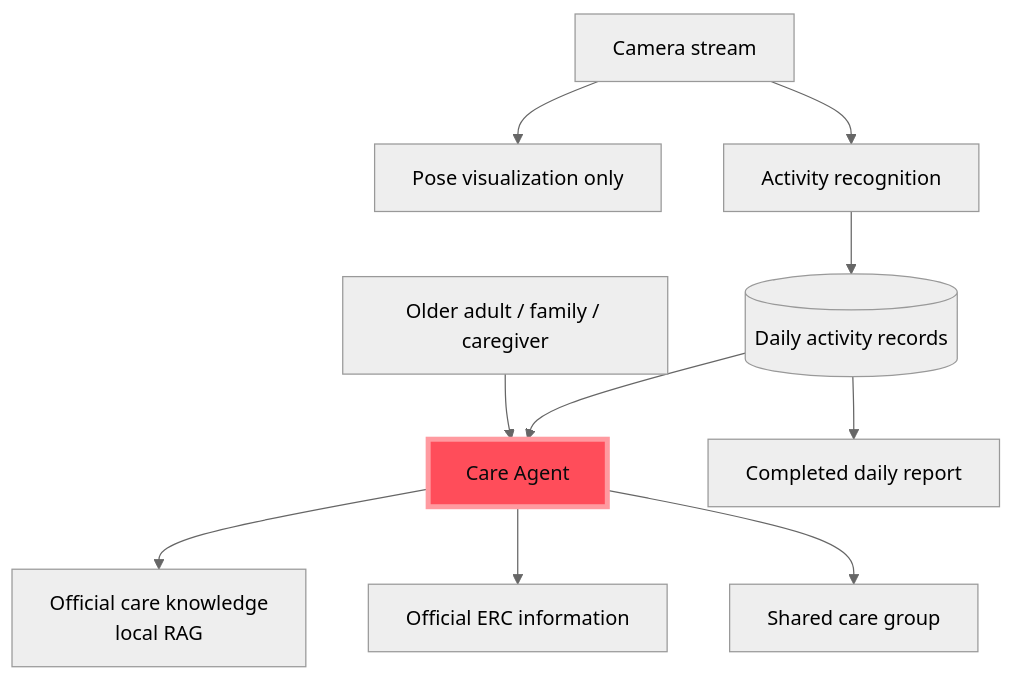
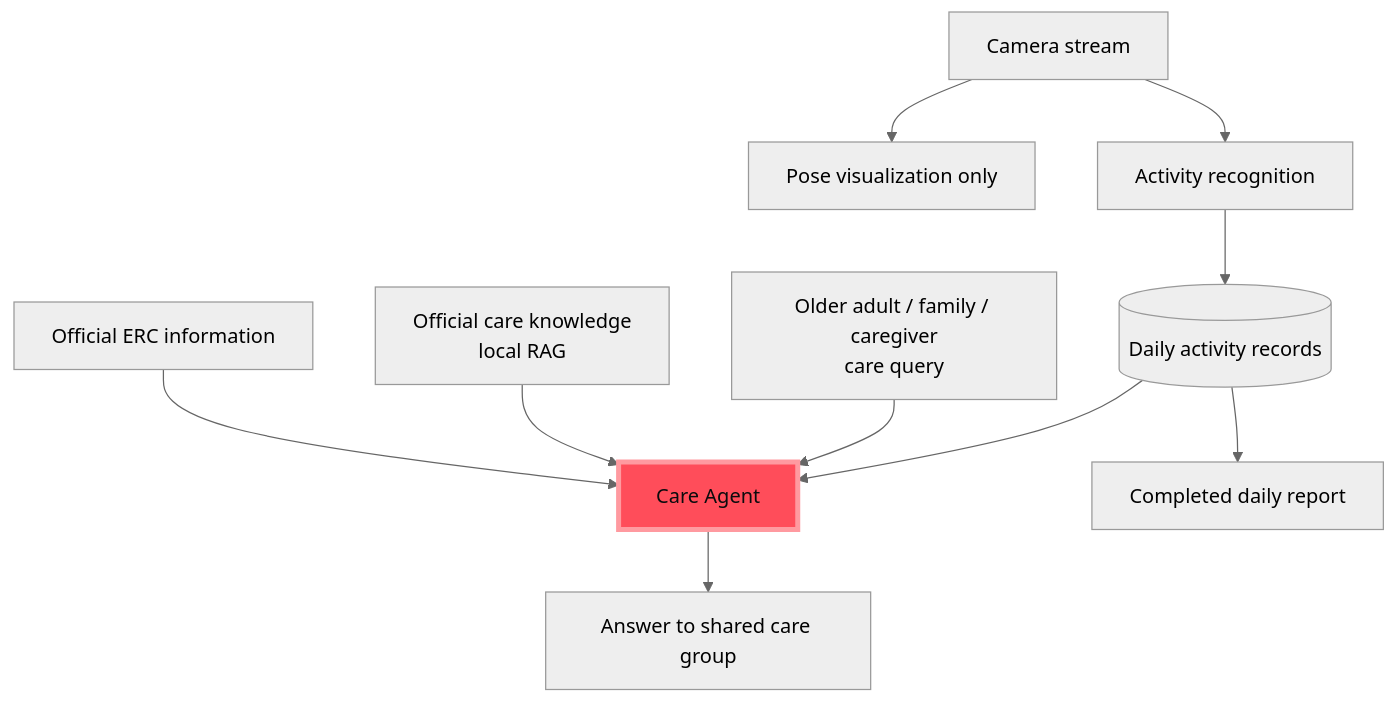
One commit to HenryyyW/ElderCare-showcase changed the diagram in README.md. Above: the diagram before and after it, drawn with Mermaid (neutral theme). The commit also changed 1 other file, not shown here.

Commit message:
docs: correct Agent support flow

````diff
--- a/README.md
+++ b/README.md
@@ -20,14 +20,14 @@
 ```mermaid
 flowchart TD
-    User[Older adult / family / caregiver] --> Agent[Care Agent]
     Camera[Camera stream] --> Privacy[Pose visualization only]
     Camera --> Activity[Activity recognition]
     Activity --> Records[(Daily activity records)]
     Records --> Agent
     Records --> Reports[Completed daily report]
-    Agent --> RAG[Official care knowledge<br/>local RAG]
-    Agent --> ERC[Official ERC information]
-    Agent --> Shared[Shared care group]
+    User[Older adult / family / caregiver<br/>care query] --> Agent[Care Agent]
+    RAG[Official care knowledge<br/>local RAG] --> Agent
+    ERC[Official ERC information] --> Agent
+    Agent --> Shared[Answer to shared care group]
     classDef agent fill:#ff4d5a,stroke:#ff9aa0,color:#0b0b0d,stroke-width:4px;
     class Agent agent;
 ```
````
